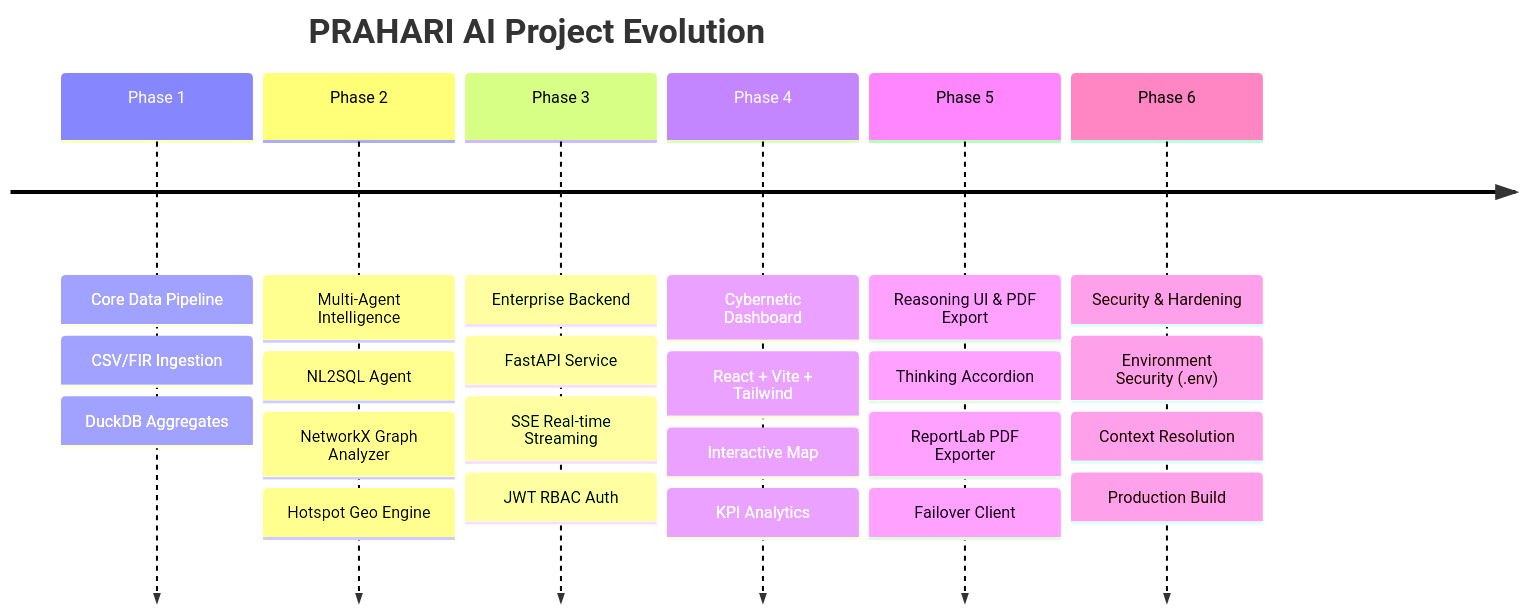
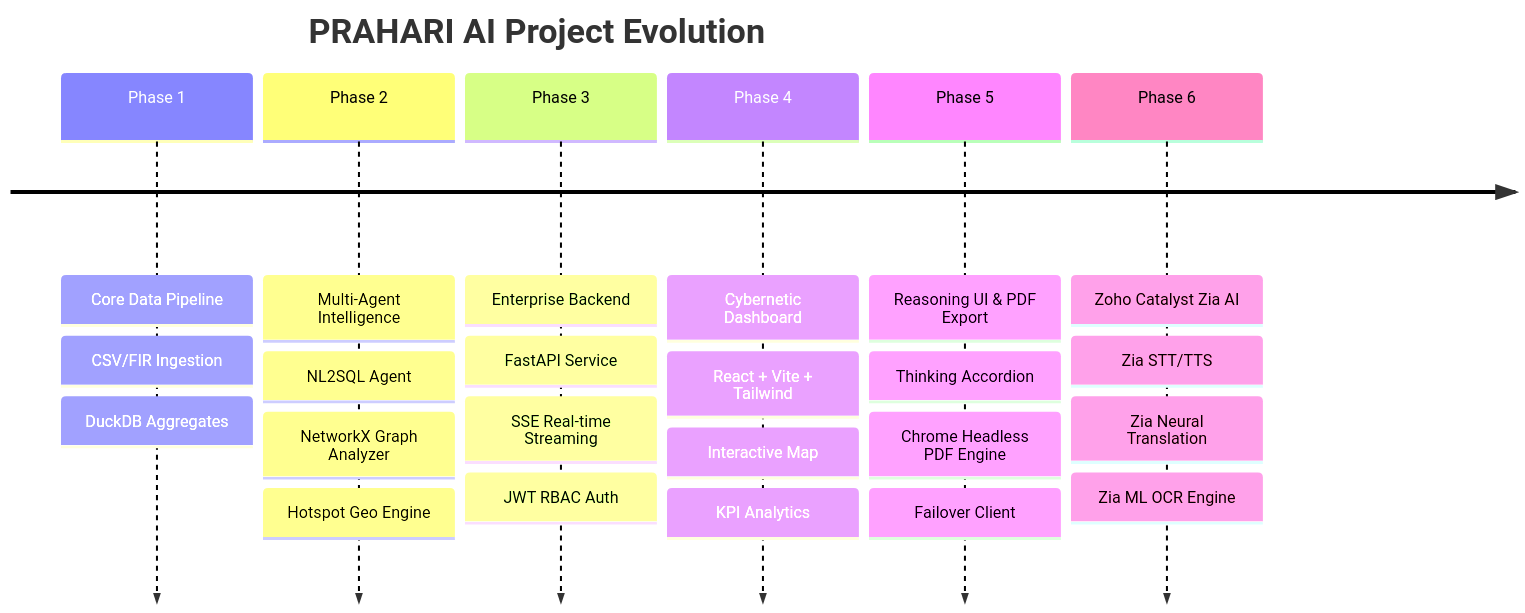
The diagram in README.md (Dharaneesh20/PRAHARI), drawn with Mermaid before and after one commit. The commit also changed other lines of this file, not shown here.

Commit message:
docs: update README with Zoho Catalyst Zia AI services, Datathon context, logos and collaborator profile cards

````diff
--- a/README.md
+++ b/README.md
@@ -31,10 +68,10 @@
 ```mermaid
 timeline
     title PRAHARI AI Project Evolution
     Phase 1 : Core Data Pipeline : CSV/FIR Ingestion : DuckDB Aggregates
     Phase 2 : Multi-Agent Intelligence : NL2SQL Agent : NetworkX Graph Analyzer : Hotspot Geo Engine
     Phase 3 : Enterprise Backend : FastAPI Service : SSE Real-time Streaming : JWT RBAC Auth
     Phase 4 : Cybernetic Dashboard : React + Vite + Tailwind : Interactive Map : KPI Analytics
-    Phase 5 : Reasoning UI & PDF Export : Thinking Accordion : ReportLab PDF Exporter : Failover Client
-    Phase 6 : Security & Hardening : Environment Security (.env) : Context Resolution : Production Build
+    Phase 5 : Reasoning UI & PDF Export : Thinking Accordion : Chrome Headless PDF Engine : Failover Client
+    Phase 6 : Zoho Catalyst Zia AI : Zia STT/TTS : Zia Neural Translation : Zia ML OCR Engine
 ```
````
